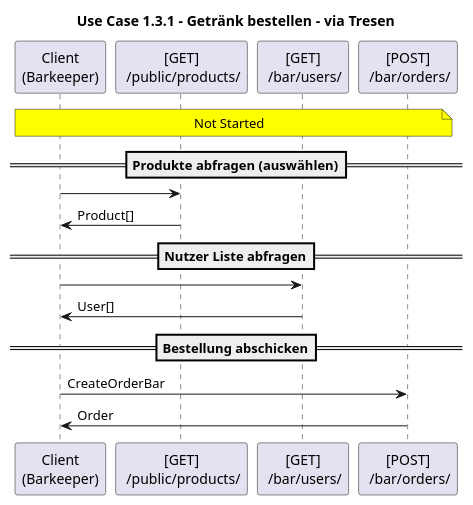
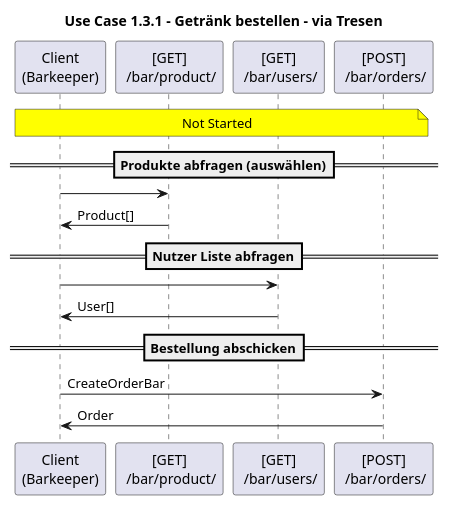
Before and after one commit to Mankianer/TresenSystem: the sixth of 7 diagrams in docs/api-sequence-diagram/UseCase/Use-Case_1.puml, drawn with PlantUML. The commit also changed other lines of this file and 1 other file, not shown here.

Commit message:
add BarkeeperProductApi and update Docs

```diff
--- a/docs/api-sequence-diagram/UseCase/Use-Case_1.puml
+++ b/docs/api-sequence-diagram/UseCase/Use-Case_1.puml
@@ -58,16 +58,16 @@
 @startuml
 title Use Case 1.3.1 - Getränk bestellen - via Tresen
 note across #yellow: Not Started
 
 ==Produkte abfragen (auswählen)==
-"Client\n(Barkeeper)" -> "[GET]\n /public/products/":
-"Client\n(Barkeeper)" <- "[GET]\n /public/products/": Product[]
+"Client\n(Barkeeper)" -> "[GET]\n /bar/product/":
+"Client\n(Barkeeper)" <- "[GET]\n /bar/product/": Product[]
 
 ==Nutzer Liste abfragen==
 "Client\n(Barkeeper)" -> "[GET]\n /bar/users/":
 "Client\n(Barkeeper)" <- "[GET]\n /bar/users/": User[]
 
 ==Bestellung abschicken==
 "Client\n(Barkeeper)" -> "[POST]\n /bar/orders/": CreateOrderBar
 "Client\n(Barkeeper)" <- "[POST]\n /bar/orders/": Order
 @enduml
```
